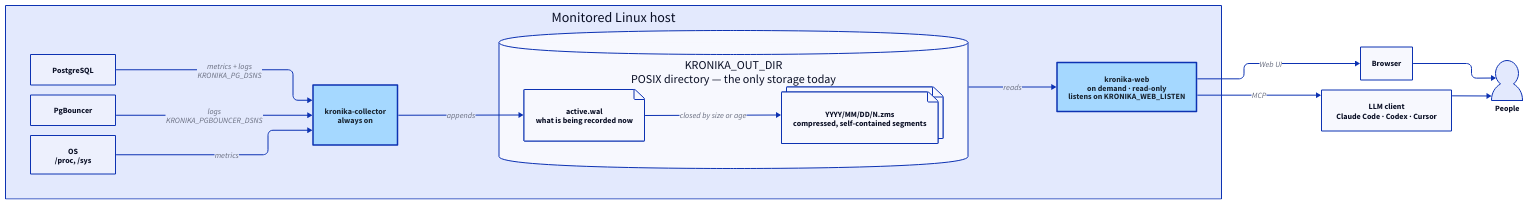
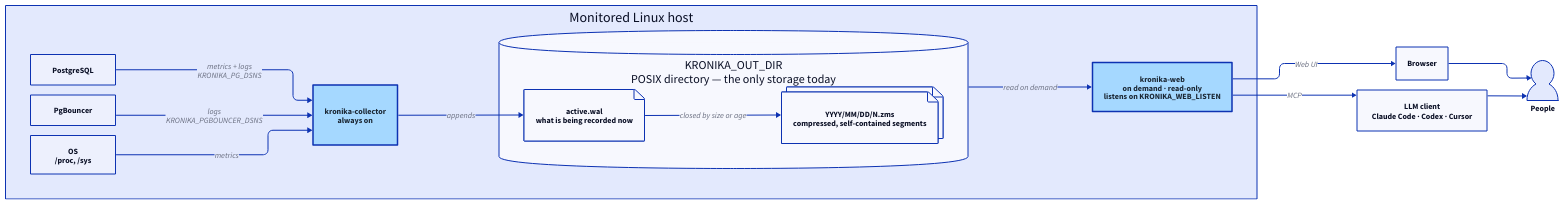
The diagram in docs/diagrams/architecture.d2 (vadv/Kronika), drawn with D2 before and after one commit. The commit also changed 2 other files, not shown here.

Commit message:
docs: ship the diagram in one light theme and fix the reads label
The dark variant was the purple: d2's two dark themes both paint the
picture in colors nobody chose, so the committed SVG now renders the
one light theme on its own white background. The directory-to-web edge
says read on demand, which reads correctly in the direction the data
flows.

Claude-Session: https://claude.ai/code/session_01PLmQWZzFXFZKMCWR7PAw1n

```diff
--- a/docs/diagrams/architecture.d2
+++ b/docs/diagrams/architecture.d2
@@ -1,58 +1,58 @@
 # Kronika architecture. Regenerate the committed SVG with `make diagrams`.
 
 vars: {
   d2-config: {
     layout-engine: elk
   }
 }
 
 direction: right
 
 host: Monitored Linux host {
   pg: PostgreSQL {width: 170}
   pgb: PgBouncer {width: 170}
   os: OS\n/proc, /sys {width: 170}
 
   collector: kronika-collector\nalways on {
     style.fill: "#a5d8ff"
     style.font-color: "#1a2633"
     style.stroke-width: 3
   }
 
   pg -> collector: metrics + logs\nKRONIKA_PG_DSNS
   pgb -> collector: logs\nKRONIKA_PGBOUNCER_DSNS
   os -> collector: metrics
 
   dir: KRONIKA_OUT_DIR\nPOSIX directory — the only storage today {
     shape: cylinder
     wal: active.wal\nwhat is being recorded now {
       shape: page
     }
     seg: YYYY/MM/DD/N.zms\ncompressed, self-contained segments {
       shape: page
       style.multiple: true
     }
     wal -> seg: closed by size or age
   }
 
   collector -> dir.wal: appends
 
   web: kronika-web\non demand · read-only\nlistens on KRONIKA_WEB_LISTEN {
     style.fill: "#a5d8ff"
     style.font-color: "#1a2633"
     style.stroke-width: 3
   }
 
-  dir -> web: reads
+  dir -> web: read on demand
 }
 
 browser: Browser
 llm: LLM client\nClaude Code · Codex · Cursor
 people: People {
   shape: person
 }
 
 host.web -> browser: Web UI
 host.web -> llm: MCP
 browser -> people
 llm -> people
```
